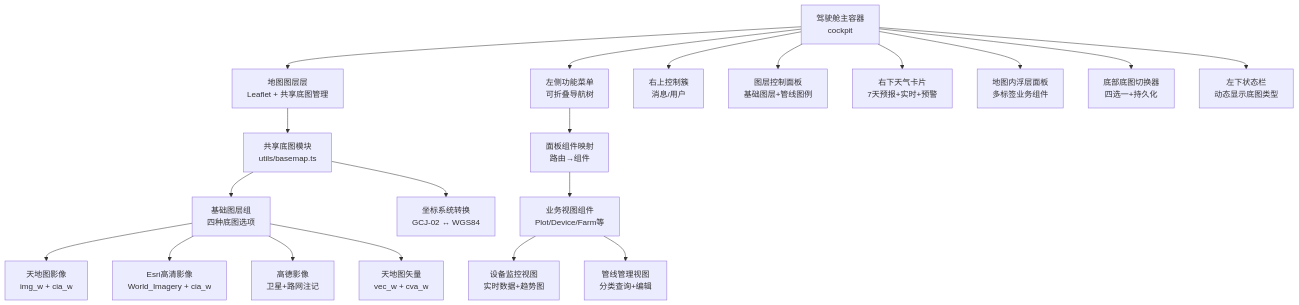
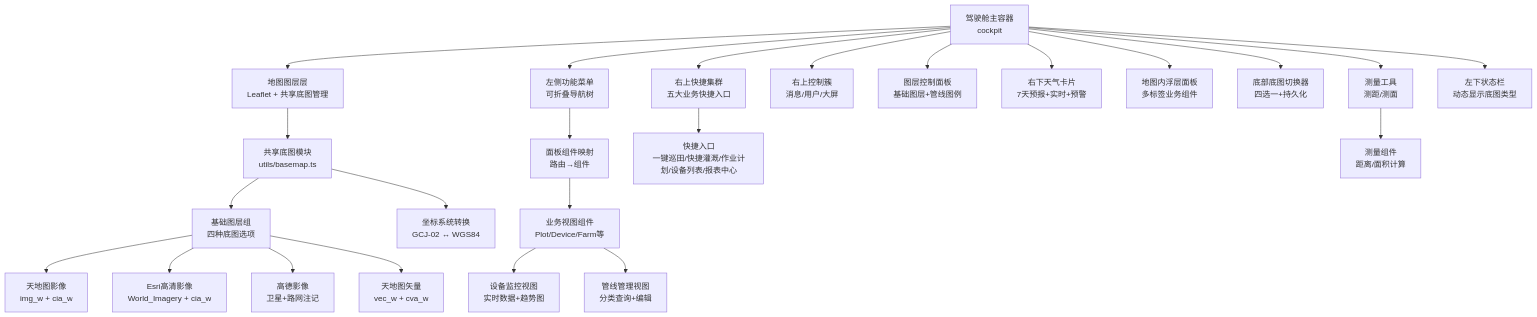
Before and after one commit to q446328246/agri-platform: the first of 3 diagrams in .qoder/repowiki/zh/content/前端应用文档/核心页面/仪表盘页面.md, drawn with Mermaid. The commit also changed other lines of this file and 48 other files, not shown here.

````diff
--- a/.qoder/repowiki/zh/content/前端应用文档/核心页面/仪表盘页面.md
+++ b/.qoder/repowiki/zh/content/前端应用文档/核心页面/仪表盘页面.md
@@ -63,22 +70,26 @@
 ```mermaid
 graph TB
 Cockpit["驾驶舱主容器<br/>cockpit"] --> MapLayer["地图图层层<br/>Leaflet + 共享底图管理"]
 Cockpit --> FuncMenu["左侧功能菜单<br/>可折叠导航树"]
-Cockpit --> ControlCluster["右上控制簇<br/>消息/用户"]
+Cockpit --> QuickCluster["右上快捷集群<br/>五大业务快捷入口"]
+Cockpit --> ControlCluster["右上控制簇<br/>消息/用户/大屏"]
 Cockpit --> LayerPanel["图层控制面板<br/>基础图层+管线图例"]
 Cockpit --> WeatherCard["右下天气卡片<br/>7天预报+实时+预警"]
 Cockpit --> MapPanel["地图内浮层面板<br/>多标签业务组件"]
 Cockpit --> BaseMapSwitch["底部底图切换器<br/>四选一+持久化"]
+Cockpit --> MeasureTool["测量工具<br/>测距/测面"]
 Cockpit --> StatusBar["左下状态栏<br/>动态显示底图类型"]
 MapLayer --> SharedBasemap["共享底图模块<br/>utils/basemap.ts"]
 SharedBasemap --> BaseLayers["基础图层组<br/>四种底图选项"]
 SharedBasemap --> CoordConvert["坐标系统转换<br/>GCJ-02 ↔ WGS84"]
 BaseLayers --> TDTImg["天地图影像<br/>img_w + cia_w"]
 BaseLayers --> EsriImg["Esri高清影像<br/>World_Imagery + cia_w"]
 BaseLayers --> AmapImg["高德影像<br/>卫星+路网注记"]
 BaseLayers --> TDTVec["天地图矢量<br/>vec_w + cva_w"]
 FuncMenu --> PanelComps["面板组件映射<br/>路由→组件"]
 PanelComps --> BusinessViews["业务视图组件<br/>Plot/Device/Farm等"]
 BusinessViews --> MonitorView["设备监控视图<br/>实时数据+趋势图"]
 BusinessViews --> InfraLineView["管线管理视图<br/>分类查询+编辑"]
+QuickCluster --> QuickEntries["快捷入口<br/>一键巡田/快捷灌溉/作业计划/设备列表/报表中心"]
+MeasureTool --> MapMeasure["测量组件<br/>距离/面积计算"]
 ```
````
